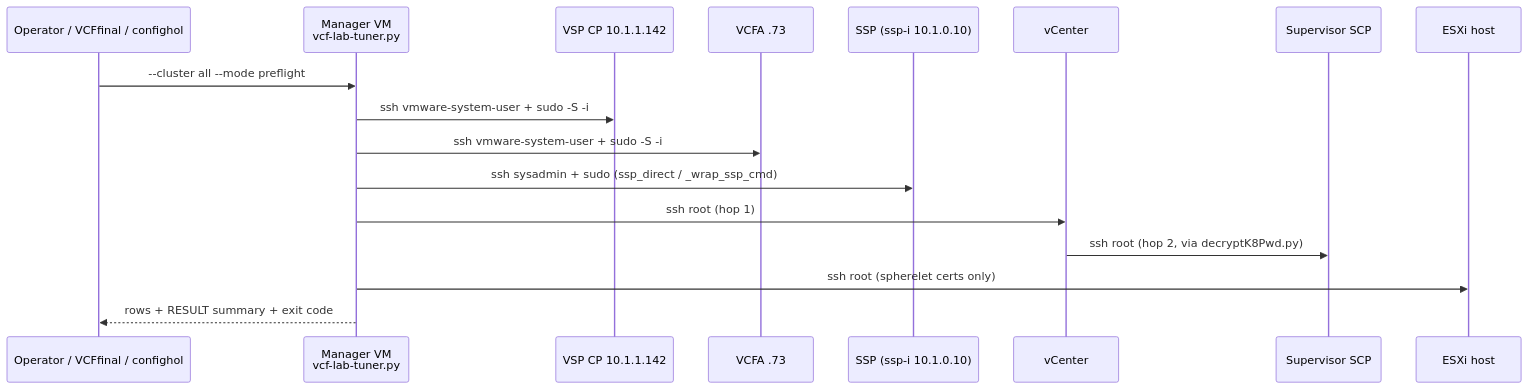
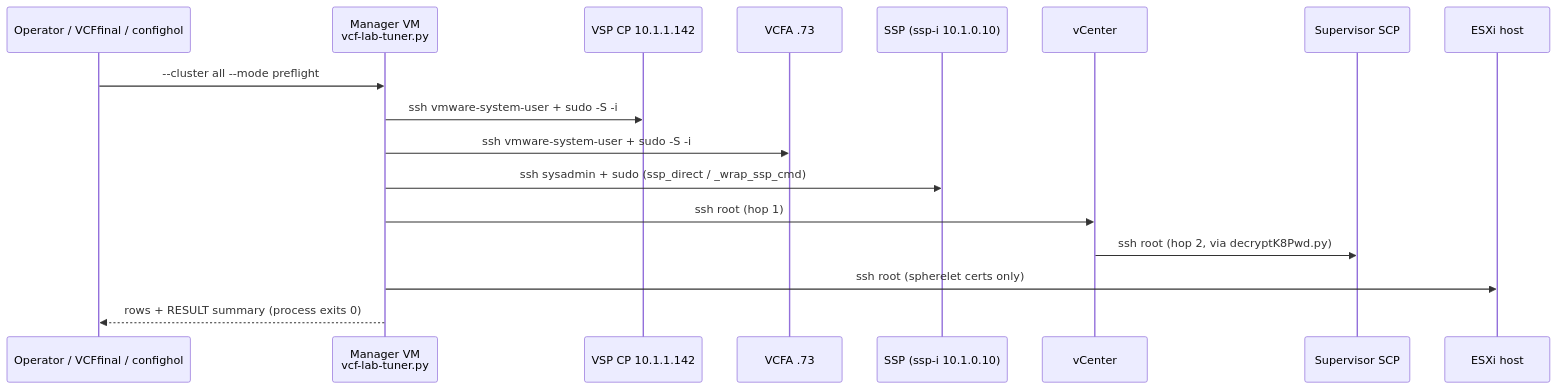
One commit to Broadcom/HOLFY27-MGR-HOLUSER changed the first of 4 diagrams in Tools/vcf-lab-tuner.md. Above: the diagram before and after it, drawn with Mermaid. The commit also changed other lines of this file and 1 other file, not shown here.

````diff
--- a/Tools/vcf-lab-tuner.md
+++ b/Tools/vcf-lab-tuner.md
@@ -138,20 +138,20 @@
 ```mermaid
 sequenceDiagram
     participant OP as Operator / VCFfinal / confighol
     participant MGR as Manager VM<br/>vcf-lab-tuner.py
     participant VSP as VSP CP 10.1.1.142
     participant VCFA as VCFA .73
     participant SSP as SSP (ssp-i 10.1.0.10)
     participant VC as vCenter
     participant SCP as Supervisor SCP
     participant ESX as ESXi host
 
     OP->>MGR: --cluster all --mode preflight
     MGR->>VSP: ssh vmware-system-user + sudo -S -i
     MGR->>VCFA: ssh vmware-system-user + sudo -S -i
     MGR->>SSP: ssh sysadmin + sudo (ssp_direct / _wrap_ssp_cmd)
     MGR->>VC: ssh root (hop 1)
     VC->>SCP: ssh root (hop 2, via decryptK8Pwd.py)
     MGR->>ESX: ssh root (spherelet certs only)
-    MGR-->>OP: rows + RESULT summary + exit code
+    MGR-->>OP: rows + RESULT summary (process exits 0)
 ```
````
